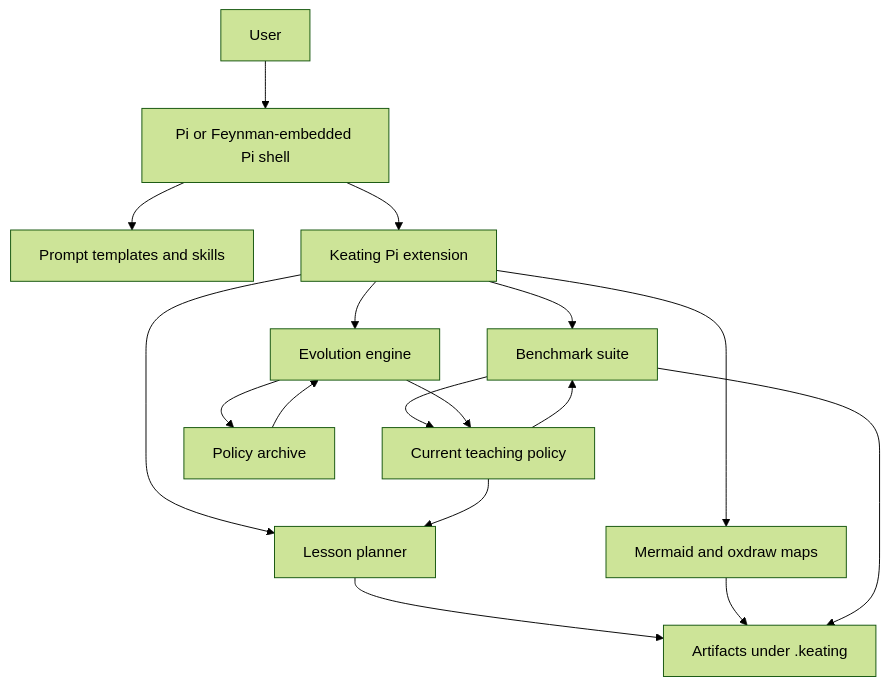
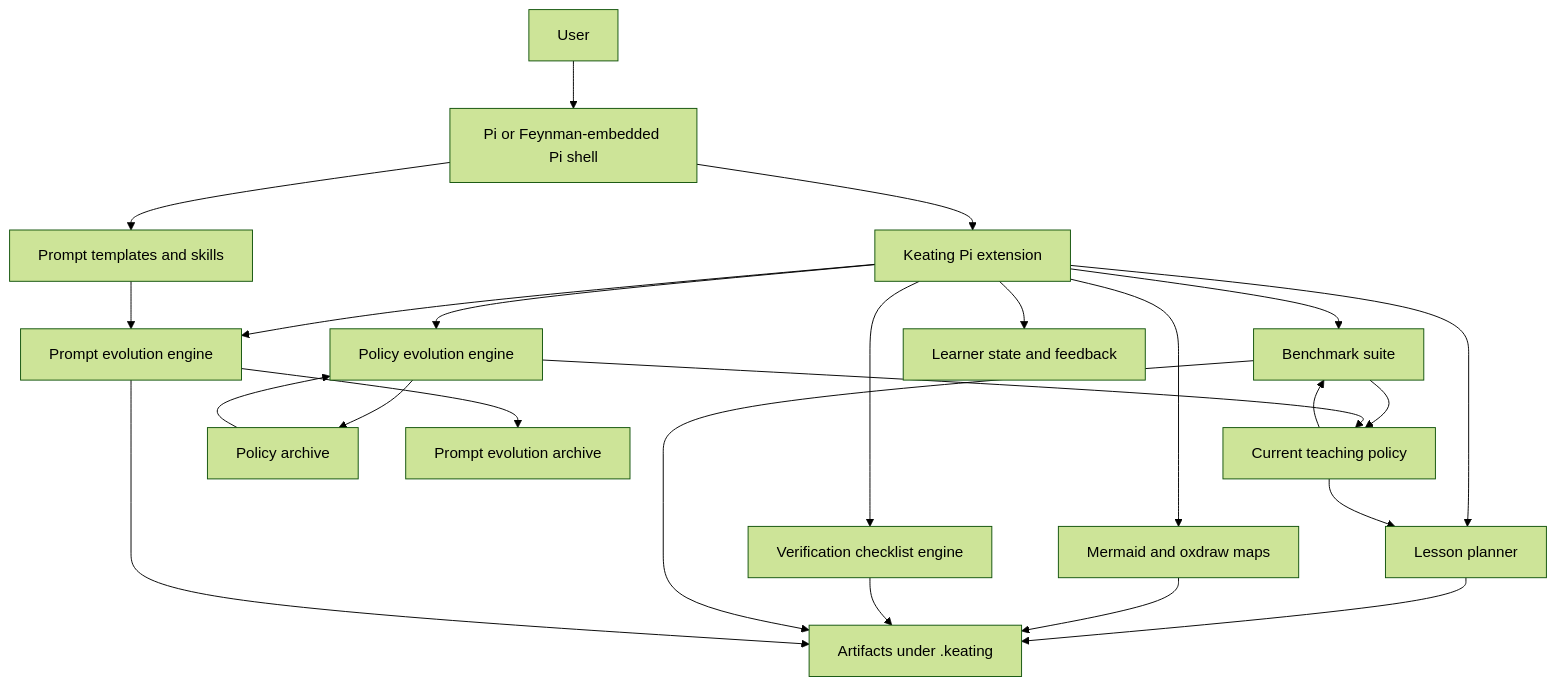
Before and after one commit to Diogenesoftoronto/keating: the diagram in docs/hyperteacher-architecture.mmd, drawn with Mermaid (forest theme). The commit also changed 38 other files, not shown here.

```diff
--- a/docs/hyperteacher-architecture.mmd
+++ b/docs/hyperteacher-architecture.mmd
@@ -1,29 +1,40 @@
 graph TD
   user[User]
   shell[Pi or Feynman-embedded Pi shell]
   prompts[Prompt templates and skills]
   ext[Keating Pi extension]
   planner[Lesson planner]
   maps[Mermaid and oxdraw maps]
+  verify[Verification checklist engine]
   bench[Benchmark suite]
-  evo[Evolution engine]
+  evo[Policy evolution engine]
+  pevo[Prompt evolution engine]
   policy[Current teaching policy]
   archive[Policy archive]
+  promptsnap[Prompt evolution archive]
+  learner[Learner state and feedback]
   outputs[Artifacts under .keating]
 
   user --> shell
   shell --> prompts
   shell --> ext
   ext --> planner
   ext --> maps
+  ext --> verify
   ext --> bench
   ext --> evo
+  ext --> pevo
+  ext --> learner
   planner --> outputs
   maps --> outputs
+  verify --> outputs
   bench --> outputs
+  pevo --> outputs
   bench --> policy
   evo --> policy
   evo --> archive
+  pevo --> promptsnap
   policy --> planner
   policy --> bench
   archive --> evo
+  prompts --> pevo
```
